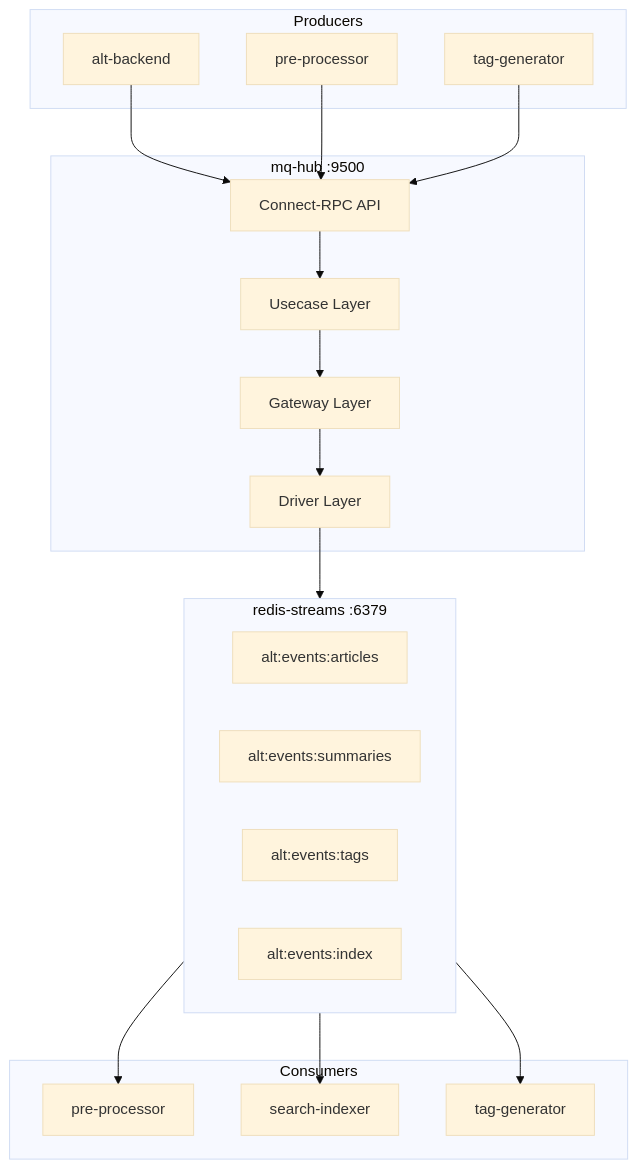
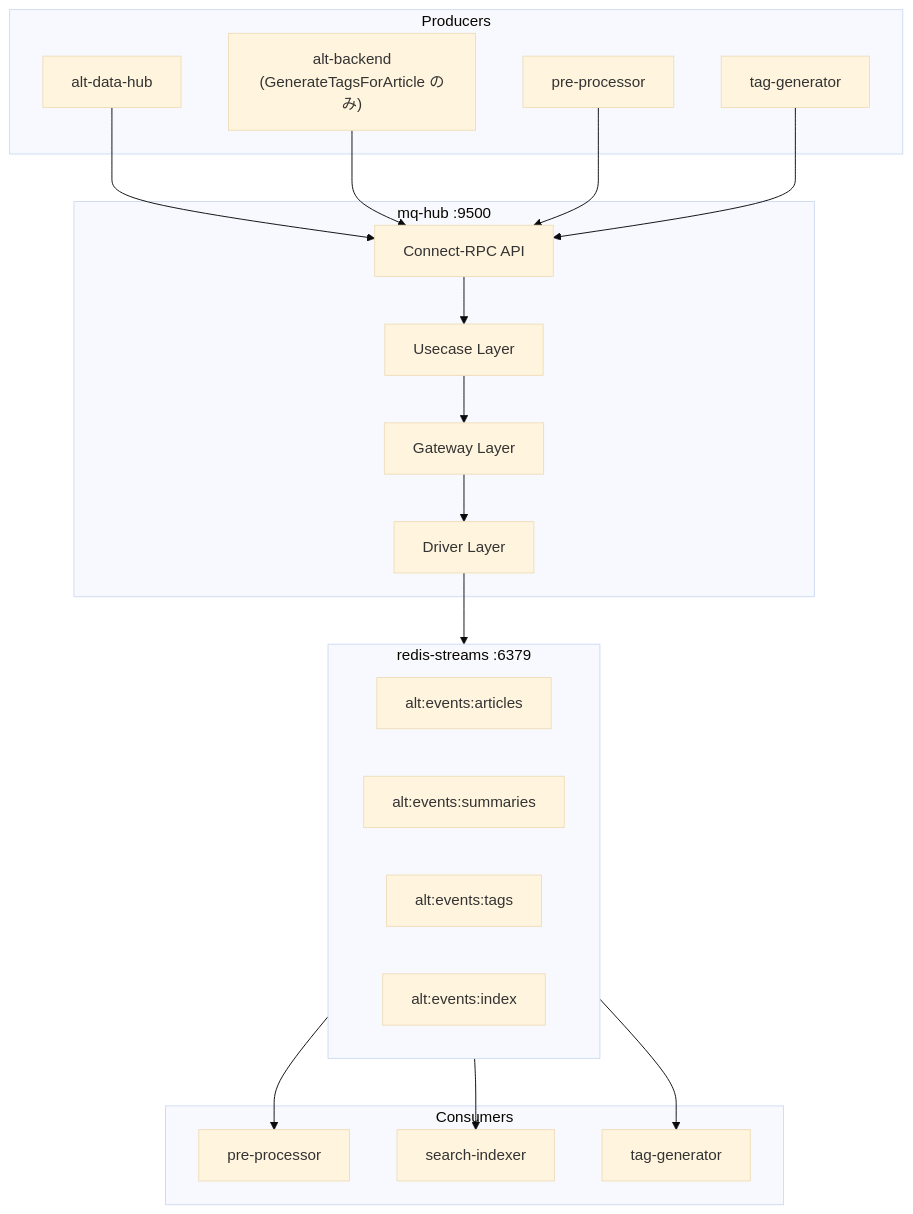
Before and after one commit to Kaikei-e/Alt: the diagram in docs/services/mq-hub.md, drawn with Mermaid (base theme). The commit also changed other lines of this file and 76 other files, not shown here.

````diff
--- a/docs/services/mq-hub.md
+++ b/docs/services/mq-hub.md
@@ -22,36 +22,38 @@
 ```mermaid
 flowchart TB
     subgraph Producers
-        BE[alt-backend]
+        DH[alt-data-hub]
+        BE["alt-backend\n(GenerateTagsForArticle のみ)"]
         PP[pre-processor]
         TG[tag-generator]
     end
 
     subgraph MQHub[mq-hub :9500]
         API[Connect-RPC API]
         UC[Usecase Layer]
         GW[Gateway Layer]
         DR[Driver Layer]
     end
 
     subgraph Redis[redis-streams :6379]
         S1[alt:events:articles]
         S2[alt:events:summaries]
         S3[alt:events:tags]
         S4[alt:events:index]
     end
 
     subgraph Consumers
         PP2[pre-processor]
         SI[search-indexer]
         TG2[tag-generator]
     end
 
+    DH --> API
     BE --> API
     PP --> API
     TG --> API
     API --> UC --> GW --> DR --> Redis
     Redis --> PP2
     Redis --> SI
     Redis --> TG2
 ```
````
